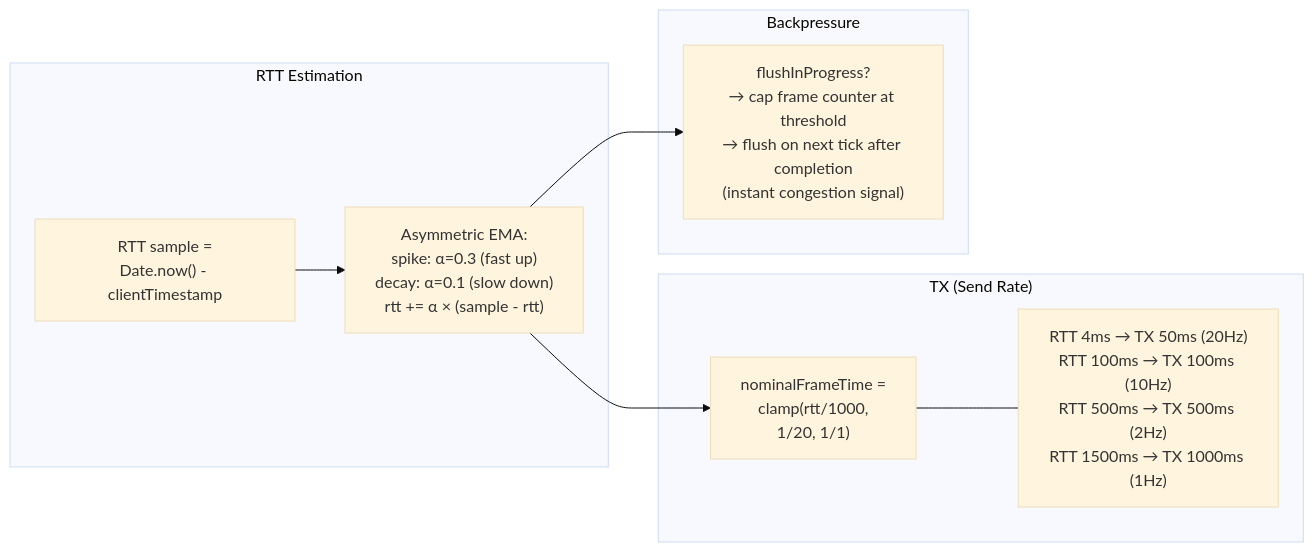
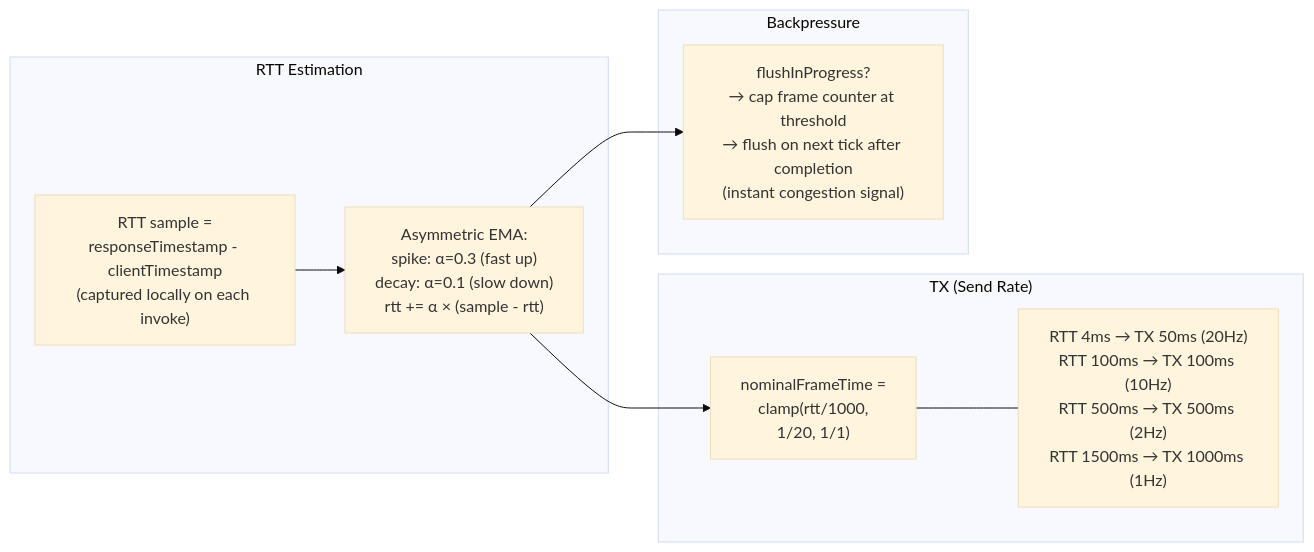
Before and after one commit to badvoidstar/asteroids: diagram 22 of 35 in ARCHITECTURE.md, drawn with Mermaid (base theme). The commit also changed other lines of this file and 8 other files, not shown here.

````diff
--- a/ARCHITECTURE.md
+++ b/ARCHITECTURE.md
@@ -799,21 +799,21 @@
 ```mermaid
 flowchart LR
     subgraph "RTT Estimation"
-        SAMPLE["RTT sample =<br/>Date.now() - clientTimestamp"]
+        SAMPLE["RTT sample =<br/>responseTimestamp - clientTimestamp<br/>(captured locally on each invoke)"]
         EMA["Asymmetric EMA:<br/>spike: α=0.3 (fast up)<br/>decay: α=0.1 (slow down)<br/>rtt += α × (sample - rtt)"]
         SAMPLE --> EMA
     end
 
     subgraph "TX (Send Rate)"
         FORMULA["nominalFrameTime =<br/>clamp(rtt/1000,<br/>1/20, 1/1)"]
         TABLE["RTT 4ms → TX 50ms (20Hz)<br/>RTT 100ms → TX 100ms (10Hz)<br/>RTT 500ms → TX 500ms (2Hz)<br/>RTT 1500ms → TX 1000ms (1Hz)"]
         FORMULA --- TABLE
     end
 
     subgraph "Backpressure"
         BP["flushInProgress?<br/>→ cap frame counter at threshold<br/>→ flush on next tick after completion<br/>(instant congestion signal)"]
     end
 
     EMA --> FORMULA
     EMA --> BP
 ```
````
